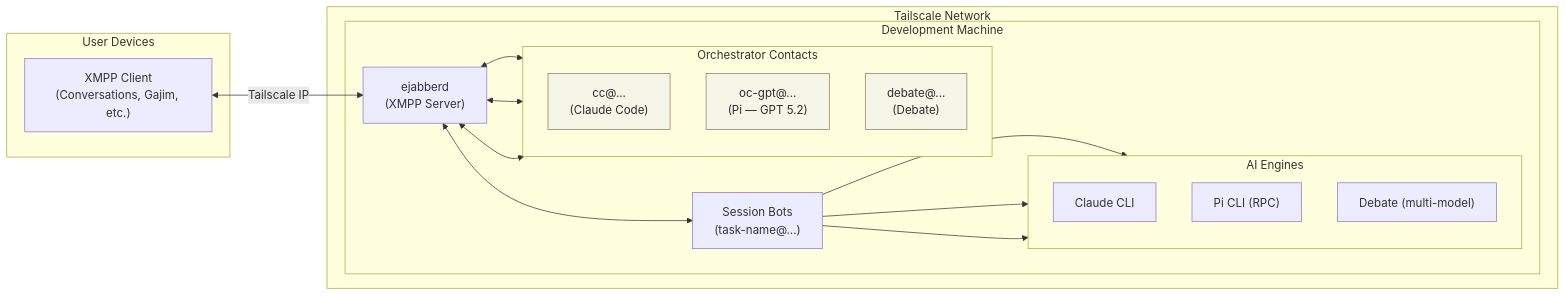
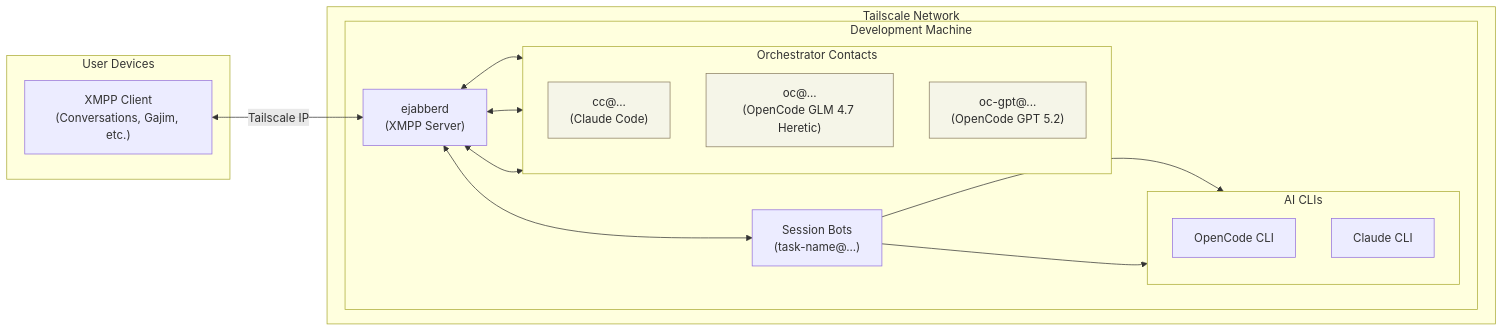
The diagram in README.md (deliciousowl/switch-1), drawn with Mermaid before and after one commit. The commit also changed 29 other files, not shown here.

````diff
--- a/README.md
+++ b/README.md
@@ -28,40 +28,38 @@
 ```mermaid
 flowchart LR
     subgraph User["User Devices"]
         Client["XMPP Client<br/>(Conversations, Gajim, etc.)"]
     end
 
     subgraph Tailnet["Tailscale Network"]
         subgraph DevBox["Development Machine"]
             XMPP["ejabberd<br/>(XMPP Server)"]
 
             subgraph Orchestrators["Orchestrator Contacts"]
                 direction TB
                 CC["cc@...<br/>(Claude Code)"]
-                PI["oc-gpt@...<br/>(Pi — GPT 5.2)"]
-                DB["debate@...<br/>(Debate)"]
+                OC["oc@...<br/>(OpenCode GLM 4.7 Heretic)"]
+                OCGPT["oc-gpt@...<br/>(OpenCode GPT 5.2)"]
             end
 
             Sessions["Session Bots<br/>(task-name@...)"]
 
-            subgraph Engines["AI Engines"]
+            subgraph Engines["AI CLIs"]
                 direction TB
+                OpenCode["OpenCode CLI"]
                 Claude["Claude CLI"]
-                PiCLI["Pi CLI (RPC)"]
-                Debate["Debate (multi-model)"]
             end
         end
     end
 
     Client <-->|"Tailscale IP"| XMPP
     XMPP <--> CC
-    XMPP <--> PI
-    XMPP <--> DB
+    XMPP <--> OC
+    XMPP <--> OCGPT
     XMPP <--> Sessions
+    Sessions --> OpenCode
     Sessions --> Claude
-    Sessions --> PiCLI
-    Sessions --> Debate
 
     classDef orchestrator fill:#f5f5e8,stroke:#8a7d60,color:#2c2c2c;
-    class CC,PI,DB orchestrator;
+    class CC,OC,OCGPT orchestrator;
 ```
````
